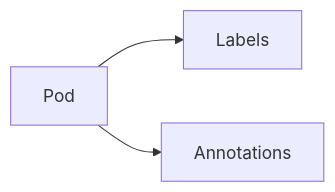
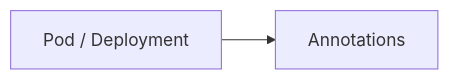
The eighth of 9 diagrams in 02-Detailed-Notes/08-Kubernetes/06-Labels & Selectors.md (akshayachar03/DevOps-Learning), drawn with Mermaid before and after one commit. The commit also changed other lines of this file, not shown here.

First line of the commit message:
Revise Kubernetes Labels & Selectors documentation

````diff
--- a/02-Detailed-Notes/08-Kubernetes/06-Labels & Selectors.md
+++ b/02-Detailed-Notes/08-Kubernetes/06-Labels & Selectors.md
@@ -704,9 +670,7 @@
 ```mermaid
 flowchart LR
+    Resource[Pod / Deployment]
+    Metadata[Annotations]
 
-Pod
-
-Pod --> Labels
-
-Pod --> Annotations
+    Resource --> Metadata
 ```
````
